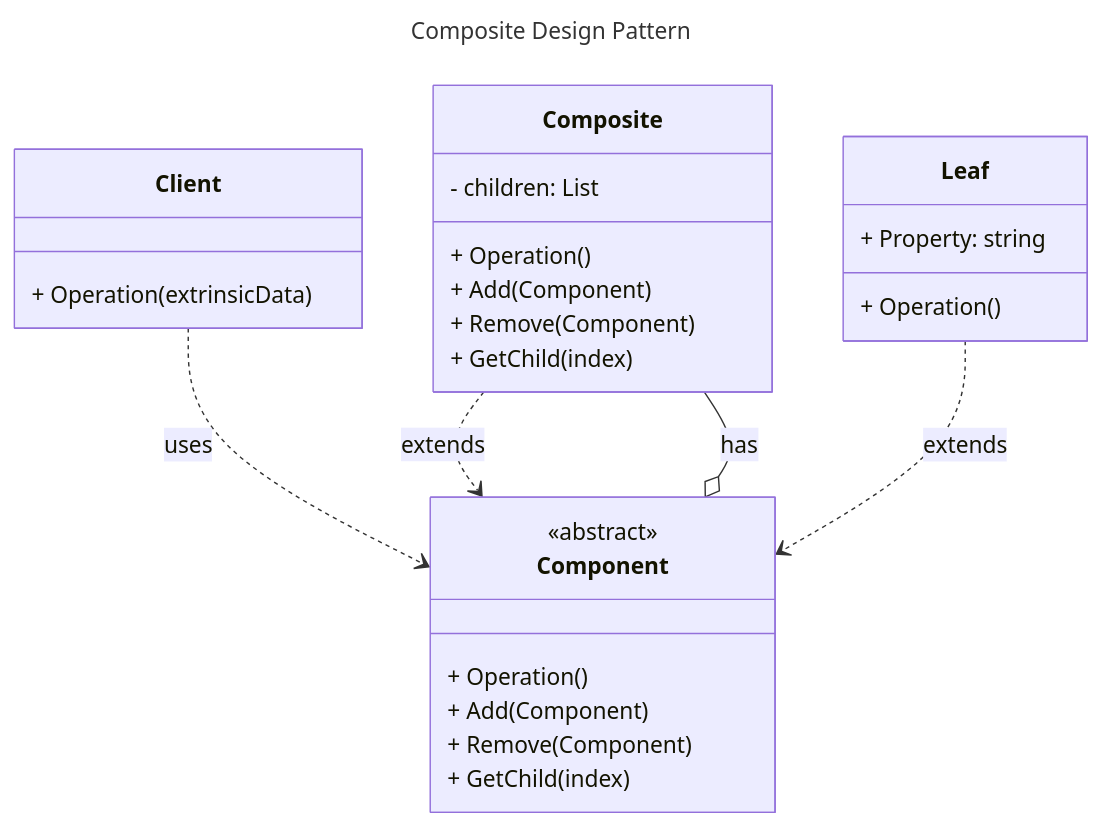
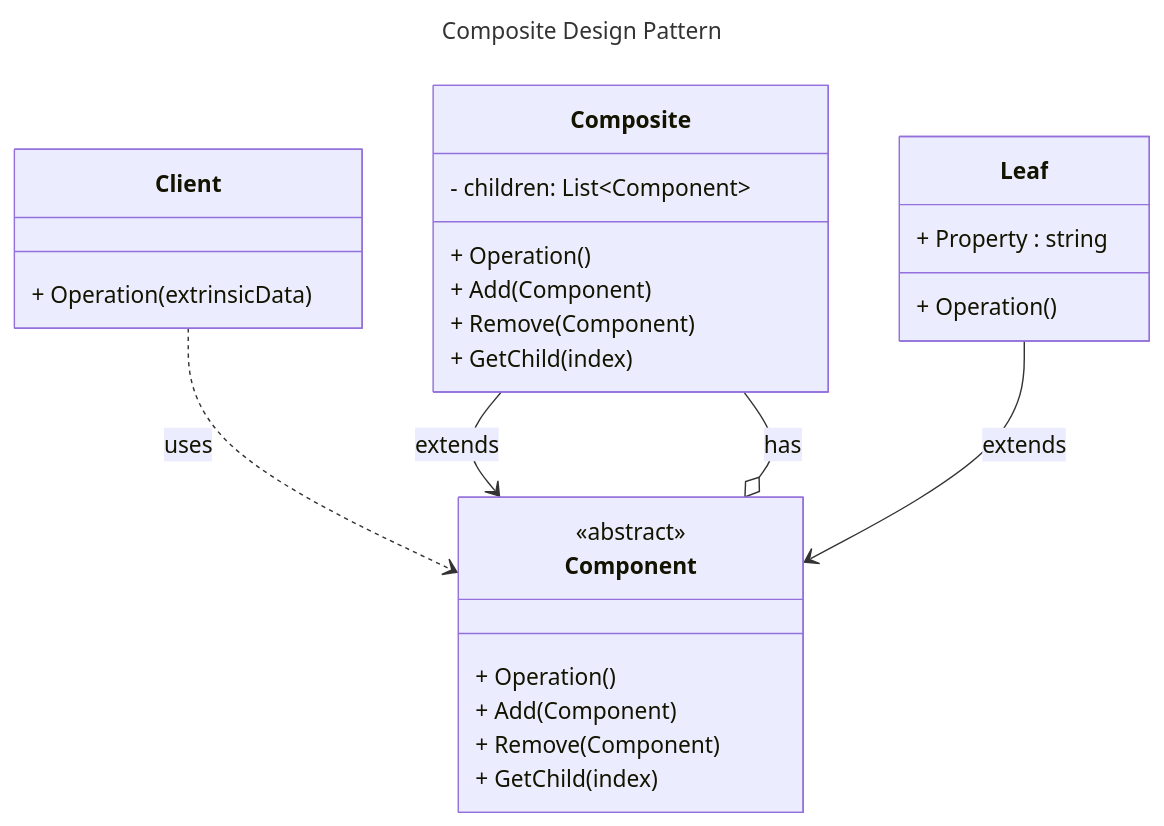
The diagram in design-patterns/composite/diagram.md (SamuGG/dotnet-training), drawn with Mermaid before and after one commit. The commit also changed 1 other file, not shown here.

Commit message:
feat: Composite pattern

````diff
--- a/design-patterns/composite/diagram.md
+++ b/design-patterns/composite/diagram.md
@@ -3,32 +3,32 @@
 ```mermaid
 ---
 title: Composite Design Pattern
 ---
 classDiagram
     direction TB
     Client ..> Component: uses
-    Composite ..> Component: extends
+    Composite --> Component: extends
     Composite --o Component: has
-    Leaf ..> Component: extends
+    Leaf --> Component: extends
     class Client {
         + Operation(extrinsicData)
     }
     class Component {
         <<abstract>>
         + Operation()
         + Add(Component)
         + Remove(Component)
         + GetChild(index)
     }
     class Composite {
-        - children: List<Component>
+        - children: List~Component~
         + Operation()
         + Add(Component)
         + Remove(Component)
         + GetChild(index)
     }
     class Leaf {
-        + Property: string
+        + Property : string
         + Operation()
     }
 ```
````
